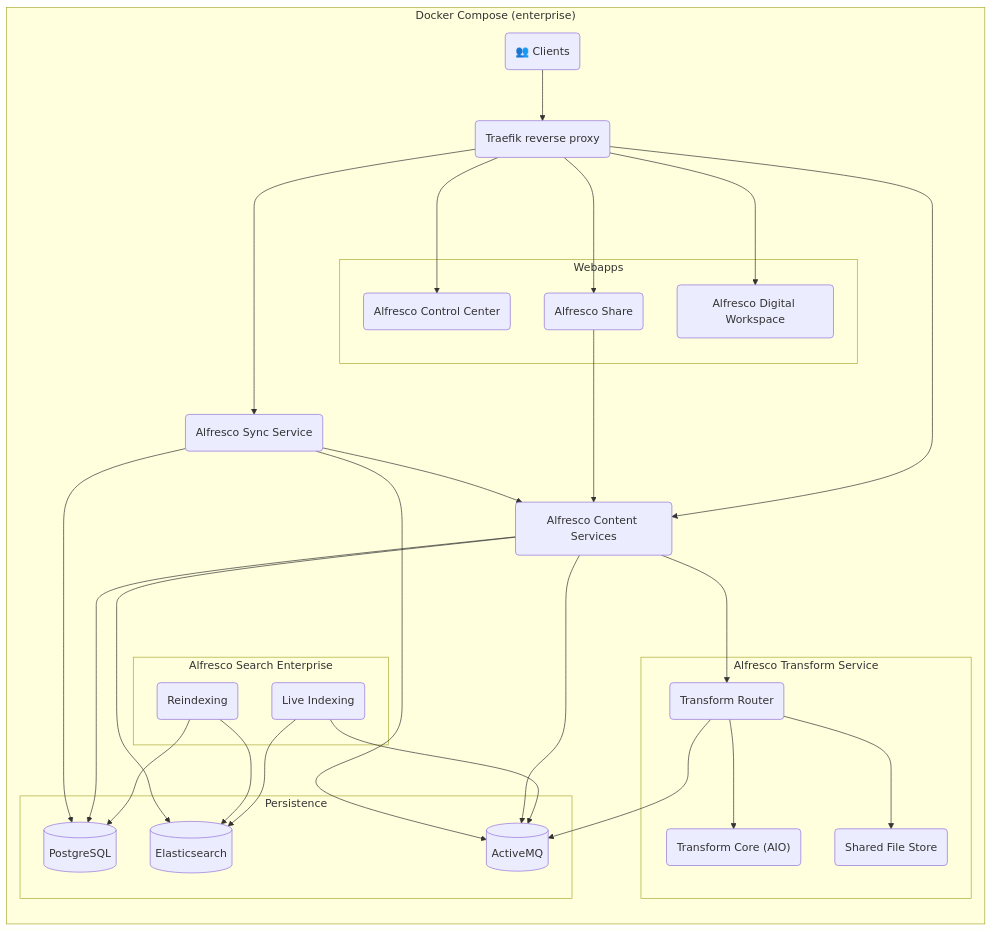
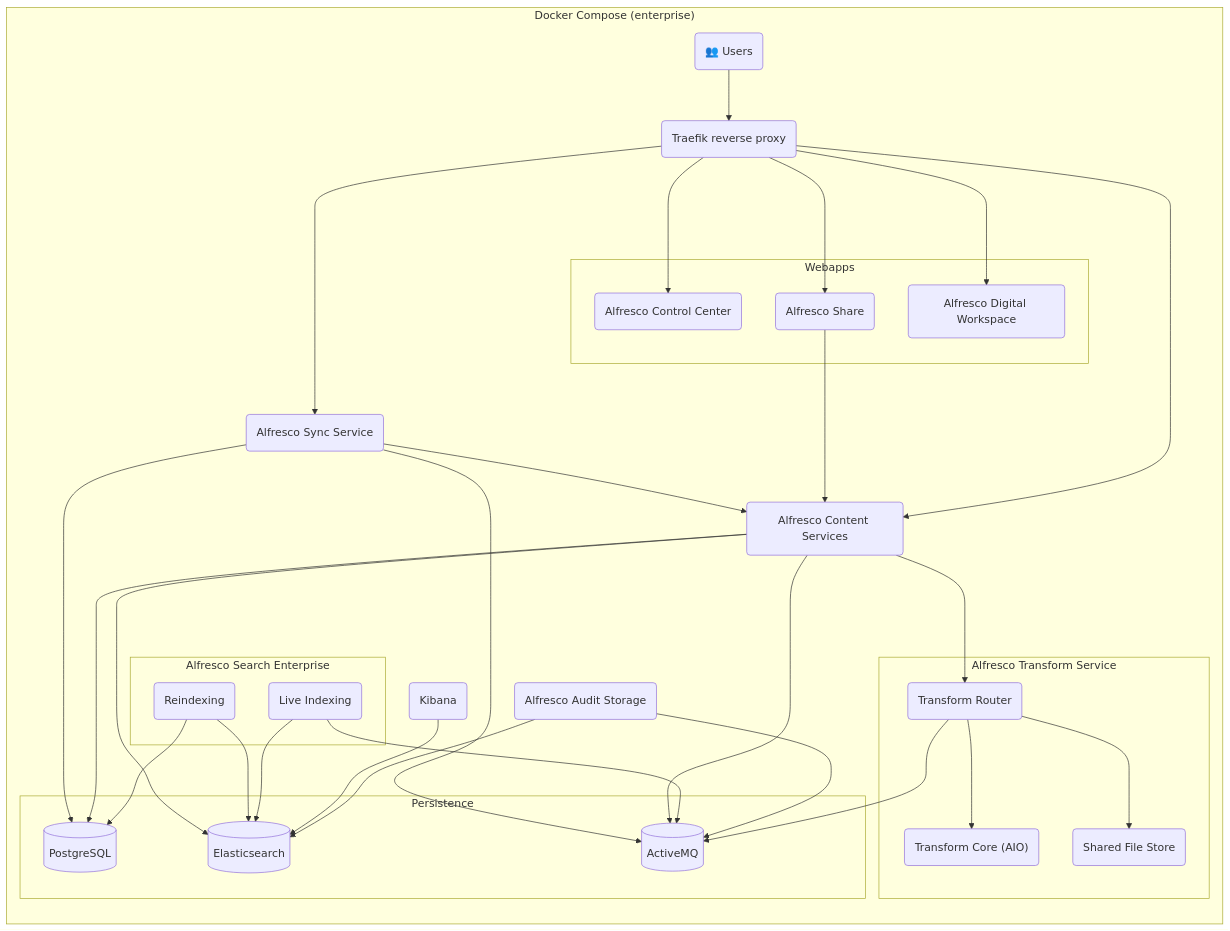
Before and after one commit to Alfresco/acs-deployment: the first of 2 diagrams in docs/docker-compose/README.md, drawn with Mermaid. The commit also changed other lines of this file, not shown here.

Commit message:
bump arch diagrams

````diff
--- a/docs/docker-compose/README.md
+++ b/docs/docker-compose/README.md
@@ -13,62 +17,68 @@
 ```mermaid
 graph TB
 
 subgraph "Docker Compose (enterprise)"
   direction TB
-  Client("👥 Clients")
+  Client("👥 Users")
   proxy("Traefik reverse proxy")
   acs("Alfresco Content Services")
   sync("Alfresco Sync Service")
+  aas("Alfresco Audit Storage")
+  kib("Kibana")
 
   subgraph "Alfresco Transform Service"
     trouter("Transform Router")
     sfs("Shared File Store")
     tcore("Transform Core (AIO)")
   end
 
   subgraph "Alfresco Search Enterprise"
     aser("Reindexing")
     ase("Live Indexing")
   end
 
   subgraph "Webapps"
     acc("Alfresco Control Center")
     adw("Alfresco Digital Workspace")
     share("Alfresco Share")
   end
 
   subgraph "Persistence"
     pg[("PostgreSQL")]
     es[("Elasticsearch")]
     amq[("ActiveMQ")]
   end
 end
 
 Client --> proxy
 
 proxy --> acc
 proxy --> share
 proxy ---> adw
 proxy ---> acs
 proxy ----> sync
 
+aas --> es
+aas --> amq
+kib --> es
+
 ase --> es
 ase --> amq
 aser --> pg
 aser --> es
 
 acs ---> es
 acs ---> pg
 acs ---> amq
 acs ---> trouter
 
 trouter --> tcore
 trouter --> sfs
 trouter --> amq
 
 share --> acs
 
 sync --> acs
 sync --> pg
 sync --> amq
 ```
````
